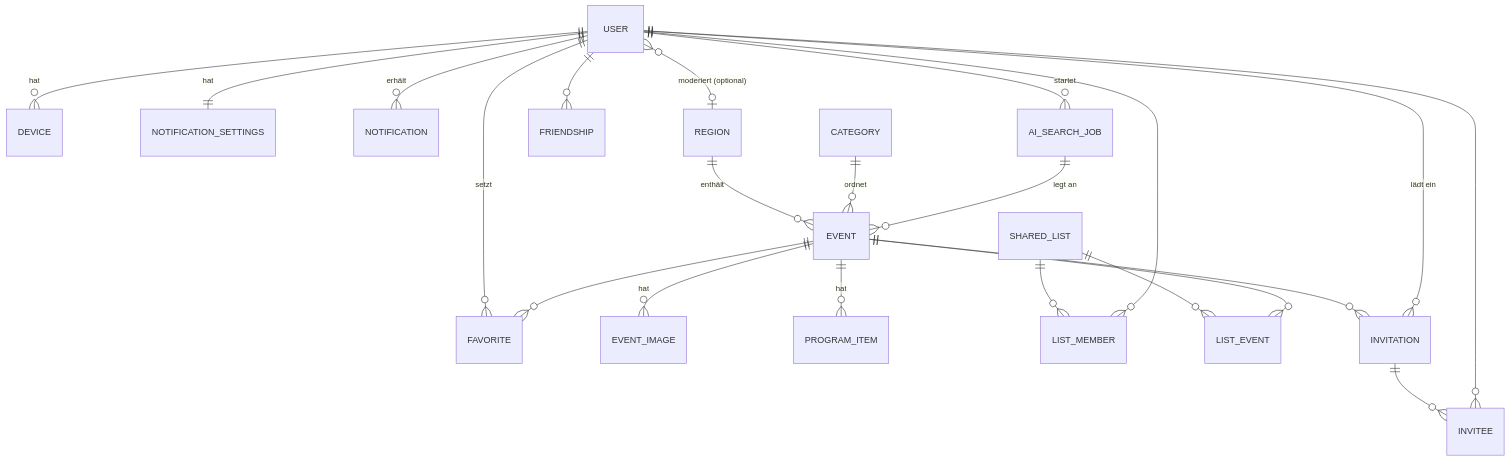
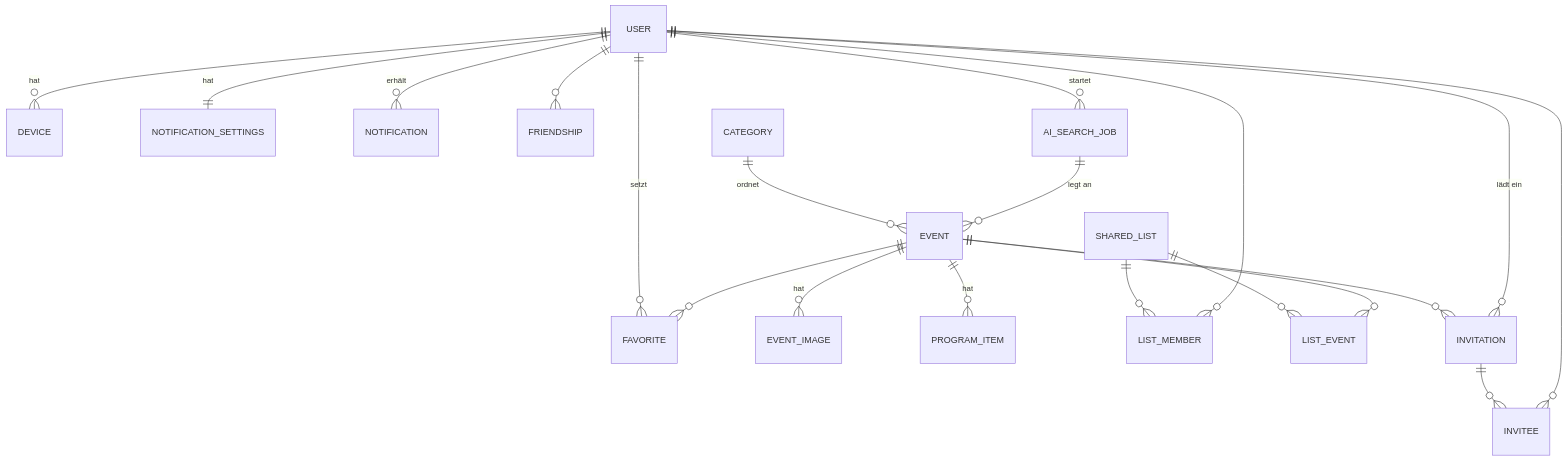
One commit to Harpune/Stadtfest-Finder changed the diagram in 00-docs/15-design/backend/datenmodell.md. Above: the diagram before and after it, drawn with Mermaid. The commit also changed other lines of this file and 30 other files, not shown here.

````diff
--- a/00-docs/15-design/backend/datenmodell.md
+++ b/00-docs/15-design/backend/datenmodell.md
@@ -3,24 +3,22 @@
 ```mermaid
 erDiagram
   USER ||--o{ FAVORITE : setzt
   USER ||--o{ DEVICE : hat
   USER ||--|| NOTIFICATION_SETTINGS : hat
   USER ||--o{ NOTIFICATION : erhält
-  USER }o--o| REGION : "moderiert (optional)"
   USER ||--o{ FRIENDSHIP : ""
-  REGION ||--o{ EVENT : enthält
   CATEGORY ||--o{ EVENT : ordnet
   EVENT ||--o{ EVENT_IMAGE : hat
   EVENT ||--o{ PROGRAM_ITEM : hat
   EVENT ||--o{ FAVORITE : ""
   SHARED_LIST ||--o{ LIST_MEMBER : ""
   SHARED_LIST ||--o{ LIST_EVENT : ""
   USER ||--o{ LIST_MEMBER : ""
   EVENT ||--o{ LIST_EVENT : ""
   EVENT ||--o{ INVITATION : ""
   USER ||--o{ INVITATION : "lädt ein"
   INVITATION ||--o{ INVITEE : ""
   USER ||--o{ INVITEE : ""
   AI_SEARCH_JOB ||--o{ EVENT : "legt an"
   USER ||--o{ AI_SEARCH_JOB : startet
 ```
````
